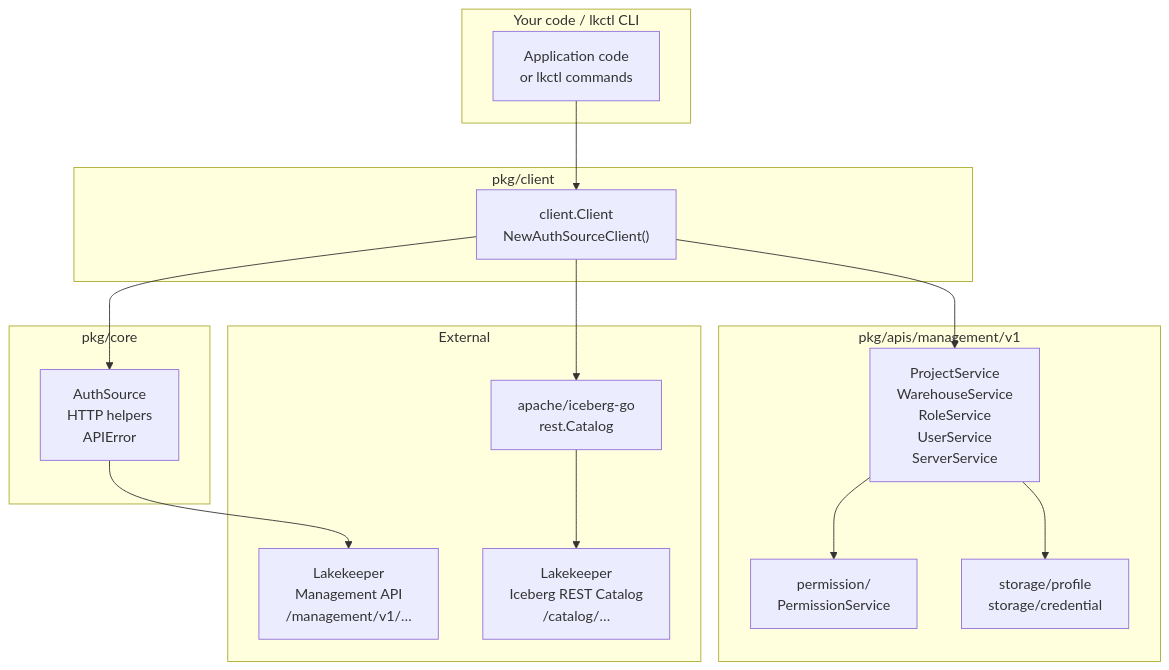
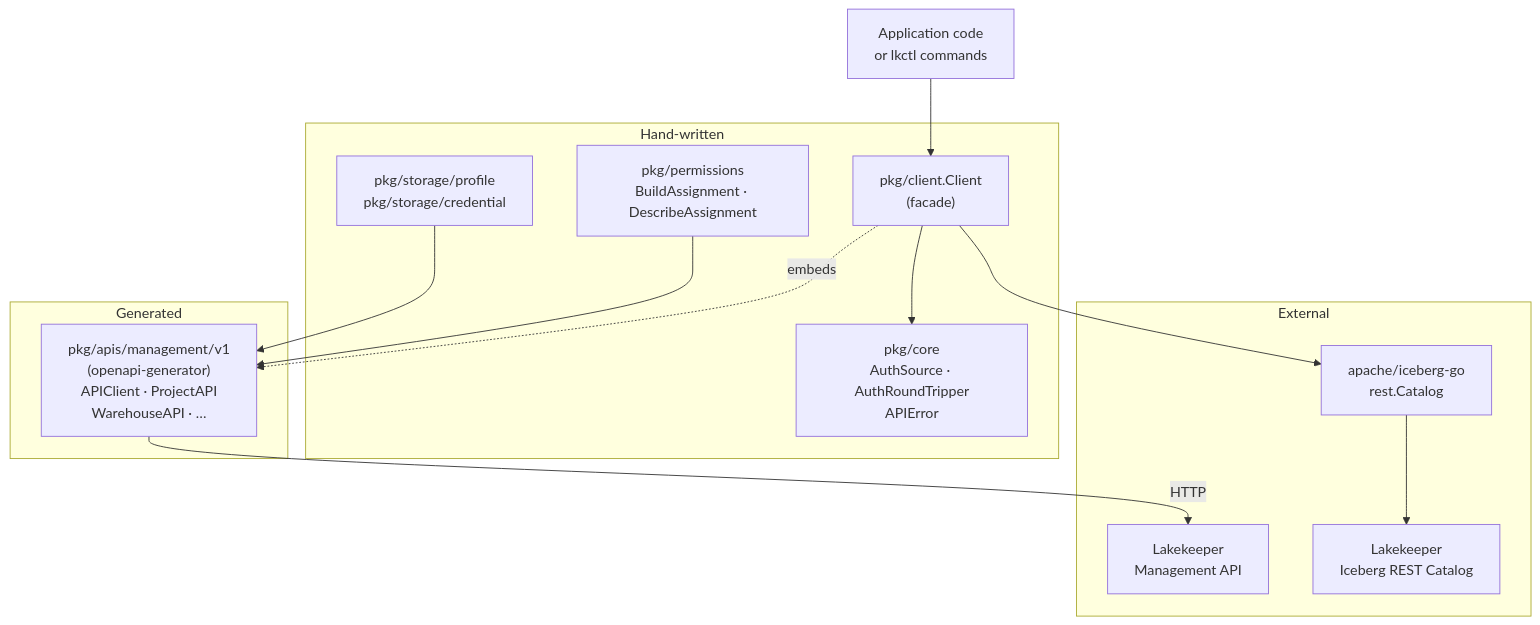
One commit to lakekeeper/go-lakekeeper changed the first of 3 diagrams in docs/ARCHITECTURE.md. Above: the diagram before and after it, drawn with Mermaid. The commit also changed other lines of this file and 644 other files, not shown here.

First line of the commit message:
feat!: replace hand-written Management API with codegen output (#7)

````diff
--- a/docs/ARCHITECTURE.md
+++ b/docs/ARCHITECTURE.md
@@ -7,35 +15,30 @@
 ```mermaid
 graph TD
-    subgraph "Your code / lkctl CLI"
-        APP["Application code\nor lkctl commands"]
+    APP["Application code<br/>or lkctl commands"]
+
+    subgraph "Hand-written"
+        CLIENT["pkg/client.Client<br/>(facade)"]
+        CORE["pkg/core<br/>AuthSource · AuthRoundTripper<br/>APIError"]
+        PERM["pkg/permissions<br/>BuildAssignment · DescribeAssignment"]
+        PROFILE["pkg/storage/profile<br/>pkg/storage/credential"]
     end
 
-    subgraph "pkg/client"
-        CLIENT["client.Client\nNewAuthSourceClient()"]
-    end
-
-    subgraph "pkg/core"
-        CORE["AuthSource\nHTTP helpers\nAPIError"]
-    end
-
-    subgraph "pkg/apis/management/v1"
-        MGMT["ProjectService\nWarehouseService\nRoleService\nUserService\nServerService"]
-        PERM["permission/\nPermissionService"]
-        PROFILE["storage/profile\nstorage/credential"]
+    subgraph "Generated"
+        GEN["pkg/apis/management/v1<br/>(openapi-generator)<br/>APIClient · ProjectAPI<br/>WarehouseAPI · …"]
     end
 
     subgraph "External"
-        ICEBERG["apache/iceberg-go\nrest.Catalog"]
-        LKAPI["Lakekeeper\nManagement API\n/management/v1/…"]
-        LKCAT["Lakekeeper\nIceberg REST Catalog\n/catalog/…"]
+        ICEBERG["apache/iceberg-go<br/>rest.Catalog"]
+        LKAPI["Lakekeeper<br/>Management API"]
+        LKCAT["Lakekeeper<br/>Iceberg REST Catalog"]
     end
 
     APP --> CLIENT
+    CLIENT -.->|embeds| GEN
     CLIENT --> CORE
-    CLIENT --> MGMT
-    MGMT --> PERM
-    MGMT --> PROFILE
     CLIENT --> ICEBERG
-    CORE --> LKAPI
+    PERM --> GEN
+    PROFILE --> GEN
+    GEN -->|HTTP| LKAPI
     ICEBERG --> LKCAT
 ```
````
